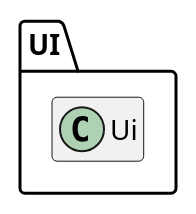
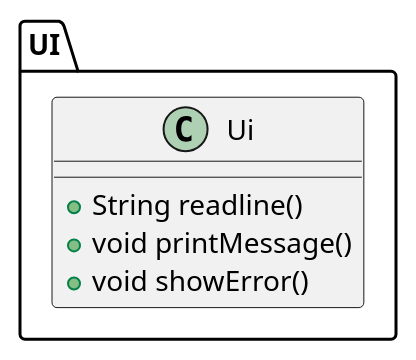
One commit to sevenseasofbri/tp changed the diagram in docs/diagrams/UiClassDiagram.puml. Above: the diagram before and after it, drawn with PlantUML. The commit also changed 14 other files, not shown here.

Commit message:
Update diagrams

```diff
--- a/docs/diagrams/UiClassDiagram.puml
+++ b/docs/diagrams/UiClassDiagram.puml
@@ -1,8 +1,12 @@
 @startuml
 
-hide member
+
 package UI {
-    Class Ui
+    Class Ui {
+        + String readline()
+        + void printMessage()
+        + void showError()
+    }
 }
 
 @enduml
```
